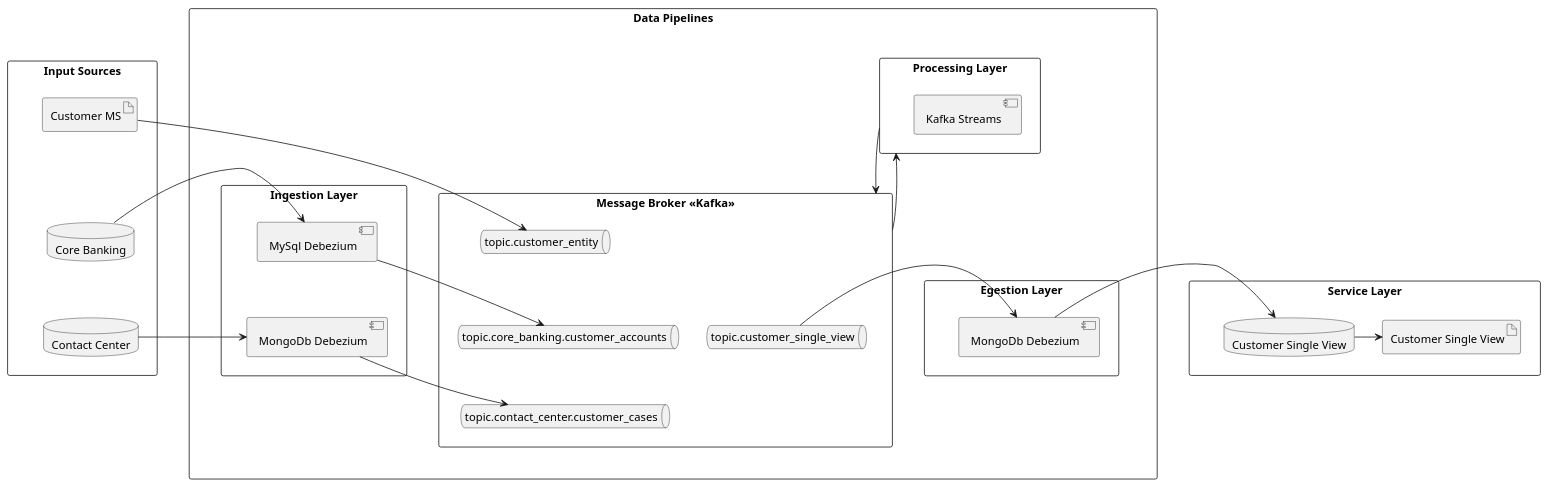
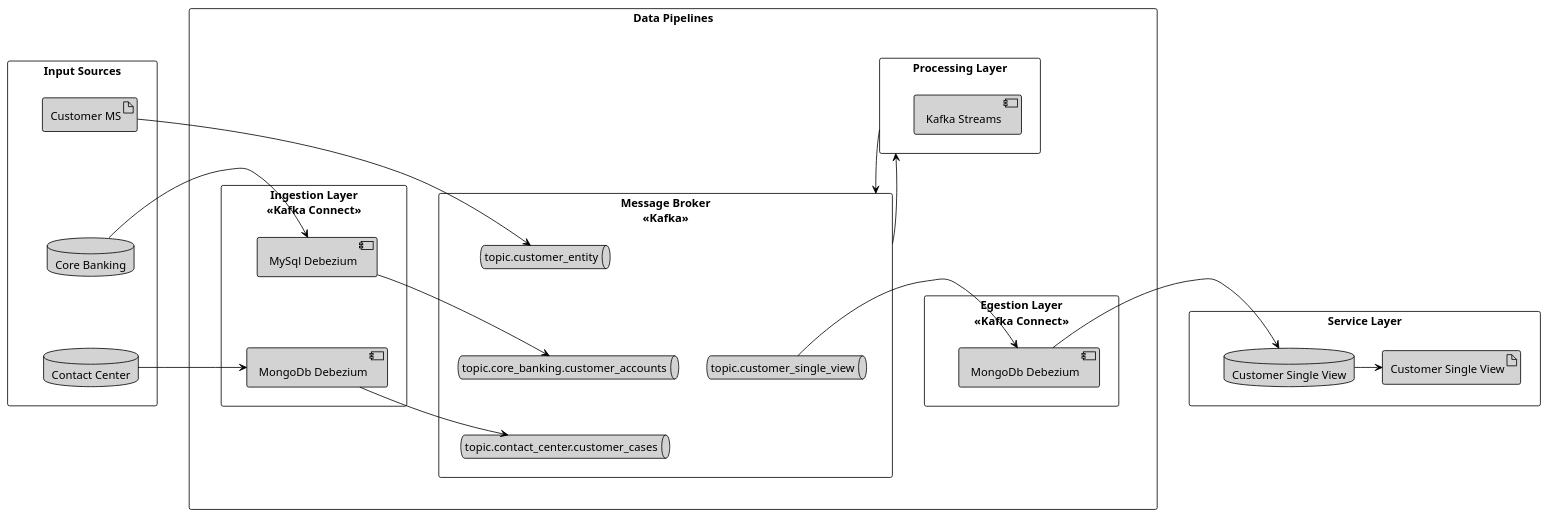
The diagram in doc/architecture-design.puml (scalvetr/costomer-single-view), drawn with PlantUML before and after one commit. The commit also changed 1 other file, not shown here.

Commit message:
architecture design

```diff
--- a/doc/architecture-design.puml
+++ b/doc/architecture-design.puml
@@ -1,72 +1,93 @@
 @startuml
 'https://plantuml.com/deployment-diagram
+''!theme aws-orange
+
+<style>
+componentDiagram {
+  BackGroundColor white
+  LineThickness 1
+  LineColor black
+}
+database {
+    BackGroundColor: lightgrey;
+}
+artifact {
+    BackGroundColor: lightgrey;
+}
+component {
+    BackGroundColor: lightgrey;
+}
+queue {
+    BackGroundColor: lightgrey;
+}
+</style>
 
 rectangle "Input Sources" as inputs {
     artifact "Customer MS" as ms_customer
     database "Core Banking" as db_core_banking
     database "Contact Center" as db_contact_center
 }
 
 rectangle "Data Pipelines" as pipelines {
-    rectangle "Ingestion Layer" as ingestion_layer {
+    rectangle "Ingestion Layer\n<<Kafka Connect>>" as ingestion_layer {
        component "MySql Debezium" as ingest_mysql_debezium
        component "MongoDb Debezium" as ingest_mongodb_debezium
     }
-    rectangle "Message Broker <<Kafka>>" as message_broker {
+    rectangle "Message Broker\n<<Kafka>>" as message_broker {
         queue "topic.customer_entity" as topic_customer_entity
         queue "topic.core_banking.customer_accounts" as topic_core_banking_customer_accounts
         queue "topic.contact_center.customer_cases" as topic_contact_center_customer_cases
         queue "topic.customer_single_view" as topic_customer_single_view
        }
 
     rectangle "Processing Layer" as processing_layer {
         component "Kafka Streams"
     }
 
-    rectangle "Egestion Layer" as egestion_layer {
+    rectangle "Egestion Layer\n<<Kafka Connect>>" as egestion_layer {
        component "MongoDb Debezium" as egest_mongodb_debezium
     }
 
 }
 
 rectangle "Service Layer" as service_layer {
     artifact "Customer Single View" as ms_customer_single_view
     database "Customer Single View" as db_customer_single_view
 }
 
 inputs -[hidden]r-> pipelines
 pipelines -[hidden]r-> service_layer
 
 ingestion_layer -[hidden]r-> message_broker
 message_broker -[hidden]r-> egestion_layer
 
 
 ingestion_layer -[hidden]u-> processing_layer
 message_broker -u-> processing_layer
 egestion_layer -[hidden]u-> processing_layer
 
 processing_layer -> message_broker
 
 topic_customer_entity -[hidden]d-> topic_core_banking_customer_accounts
 topic_core_banking_customer_accounts -[hidden]d-> topic_contact_center_customer_cases
 topic_customer_single_view -[hidden]l-> topic_core_banking_customer_accounts
 
 ms_customer -[hidden]d-> db_core_banking
 db_core_banking -[hidden]d-> db_contact_center
 
 ingest_mysql_debezium -[hidden]d-> ingest_mongodb_debezium
 
 db_core_banking -r-> ingest_mysql_debezium
 db_contact_center -r-> ingest_mongodb_debezium
 
 ms_customer -r-> topic_customer_entity
 ingest_mysql_debezium -r-> topic_core_banking_customer_accounts
 ingest_mongodb_debezium -r-> topic_contact_center_customer_cases
 
 egest_mongodb_debezium -r-> db_customer_single_view
 topic_customer_single_view -r-> egest_mongodb_debezium
 
 db_customer_single_view -r-> ms_customer_single_view
 
 
 @enduml
```
